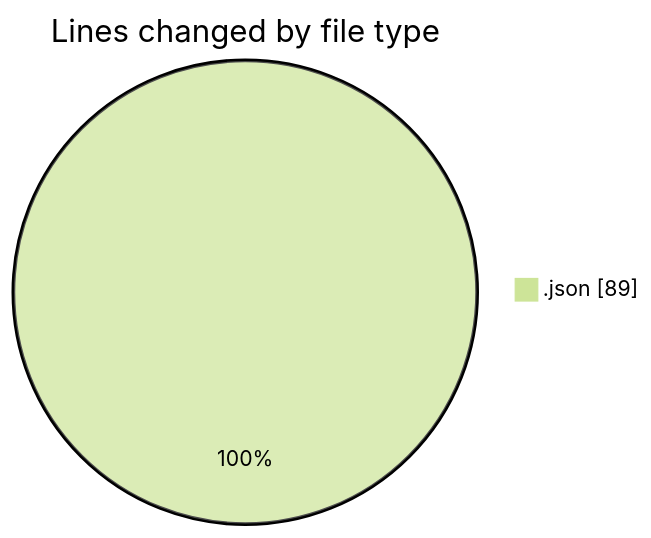
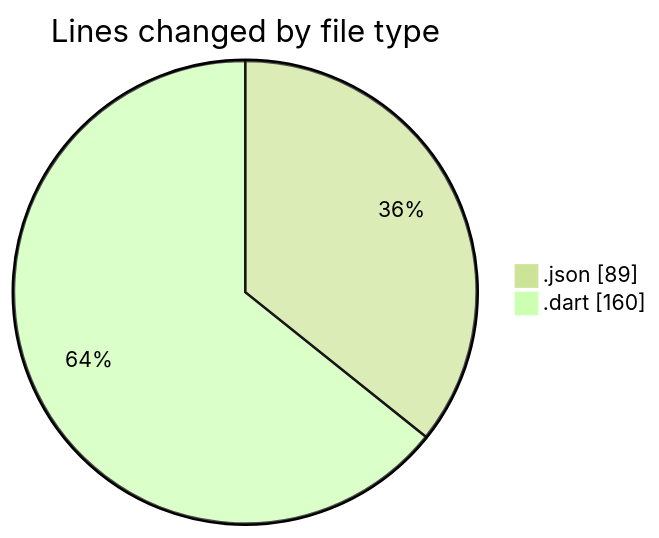
The first of 2 diagrams in 2025-01-08/maps_clone/README.md (donsfak/code-tracking), drawn with Mermaid (forest theme) before and after one commit. The commit also changed other lines of this file and 1 other file, not shown here.

````diff
--- a/2025-01-08/maps_clone/README.md
+++ b/2025-01-08/maps_clone/README.md
@@ -20,5 +21,6 @@
 ```mermaid
 pie showData
 title Lines changed by file type
 ".json" : 89
+".dart" : 160
 ```
````
